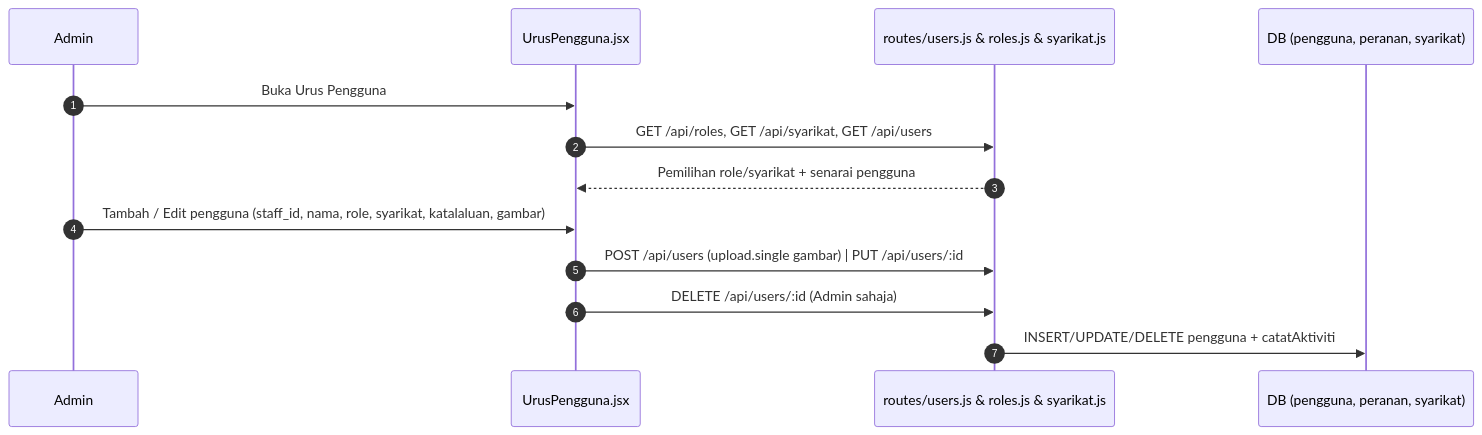
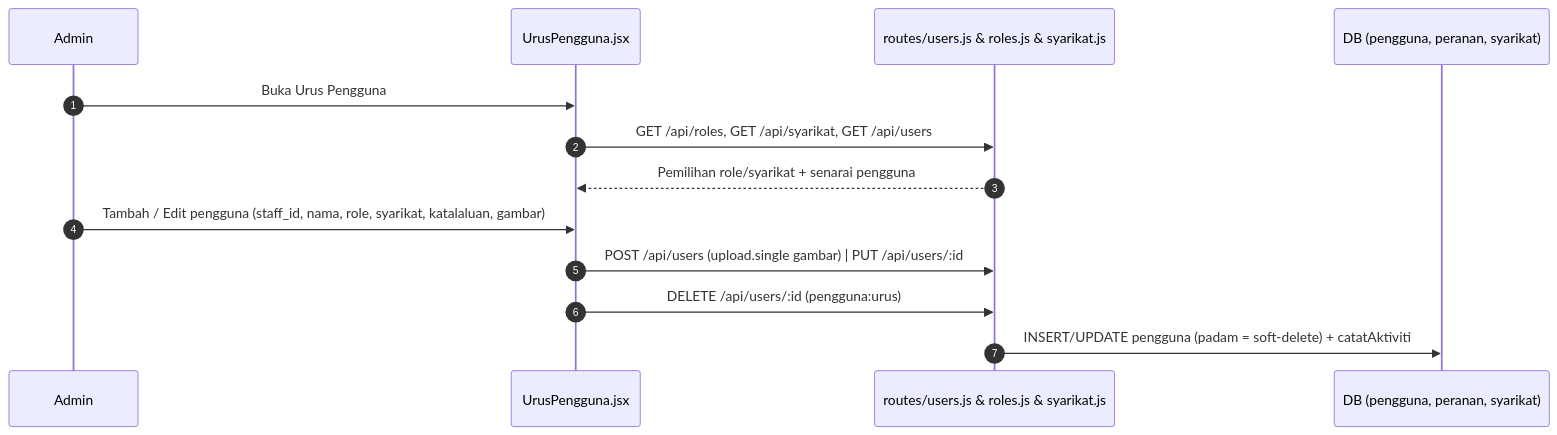
One commit to aimaniss/RiskManagementSystem changed the diagram in docs/pipeline/08-pengguna-notifikasi-log.md. Above: the diagram before and after it, drawn with Mermaid. The commit also changed other lines of this file and 8 other files, not shown here.

````diff
--- a/docs/pipeline/08-pengguna-notifikasi-log.md
+++ b/docs/pipeline/08-pengguna-notifikasi-log.md
@@ -10,16 +10,16 @@
 ```mermaid
 sequenceDiagram
   autonumber
   participant A as Admin
   participant U as UrusPengguna.jsx
   participant B as routes/users.js & roles.js & syarikat.js
   participant DB as DB (pengguna, peranan, syarikat)
 
   A->>U: Buka Urus Pengguna
   U->>B: GET /api/roles, GET /api/syarikat, GET /api/users
   B-->>U: Pemilihan role/syarikat + senarai pengguna
   A->>U: Tambah / Edit pengguna (staff_id, nama, role, syarikat, katalaluan, gambar)
   U->>B: POST /api/users (upload.single gambar) | PUT /api/users/:id
-  U->>B: DELETE /api/users/:id (Admin sahaja)
-  B->>DB: INSERT/UPDATE/DELETE pengguna + catatAktiviti
+  U->>B: DELETE /api/users/:id (pengguna:urus)
+  B->>DB: INSERT/UPDATE pengguna (padam = soft-delete) + catatAktiviti
 ```
````
